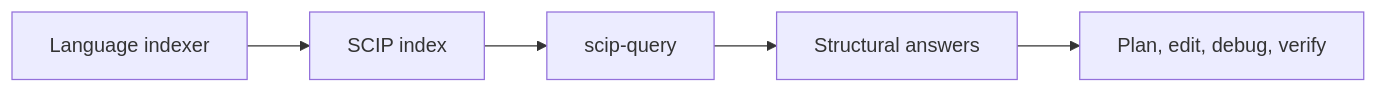
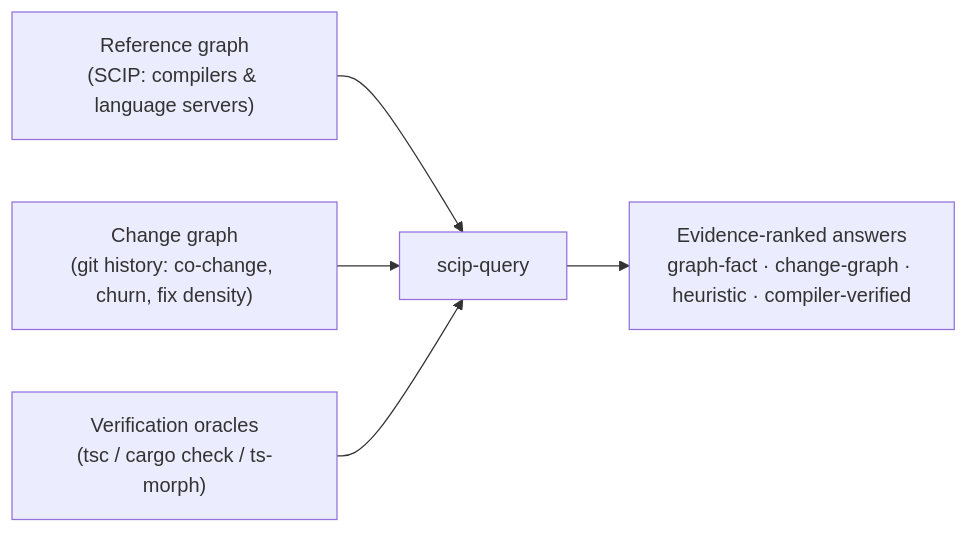
Before and after one commit to PlunderStruck/scip-query: the diagram in README.md, drawn with Mermaid. The commit also changed other lines of this file and 4 other files, not shown here.

First line of the commit message:
Rewrite README around the three-evidence-source story; add scip-ai-cleanup skill

````diff
--- a/README.md
+++ b/README.md
@@ -57,7 +56,7 @@
 ```mermaid
 flowchart LR
-  A["Language indexer"] --> B["SCIP index"]
-  B --> C["scip-query"]
-  C --> D["Structural answers"]
-  D --> E["Plan, edit, debug, verify"]
+  A["Reference graph<br/>(SCIP: compilers & language servers)"] --> D["scip-query"]
+  B["Change graph<br/>(git history: co-change, churn, fix density)"] --> D
+  C["Verification oracles<br/>(tsc / cargo check / ts-morph)"] --> D
+  D --> E["Evidence-ranked answers<br/>graph-fact · change-graph · heuristic · compiler-verified"]
 ```
````
